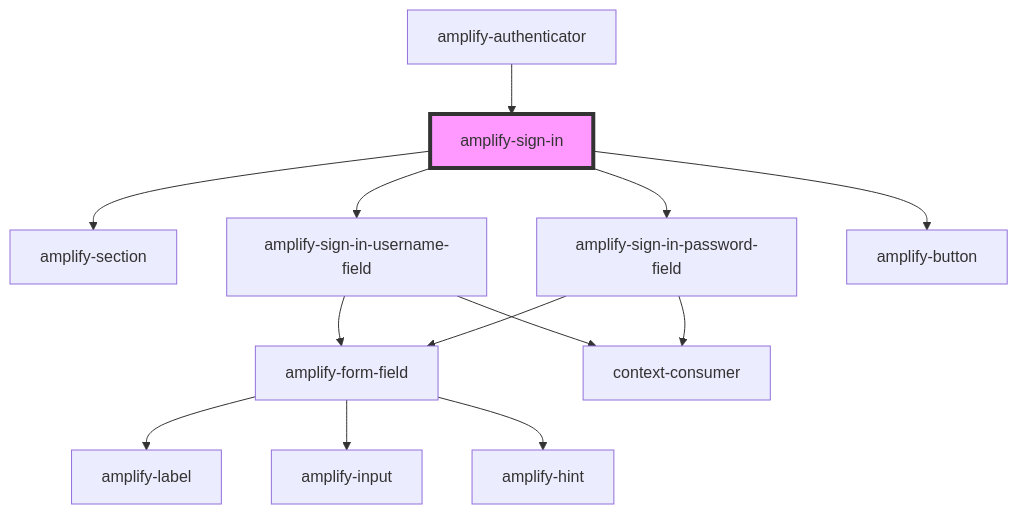
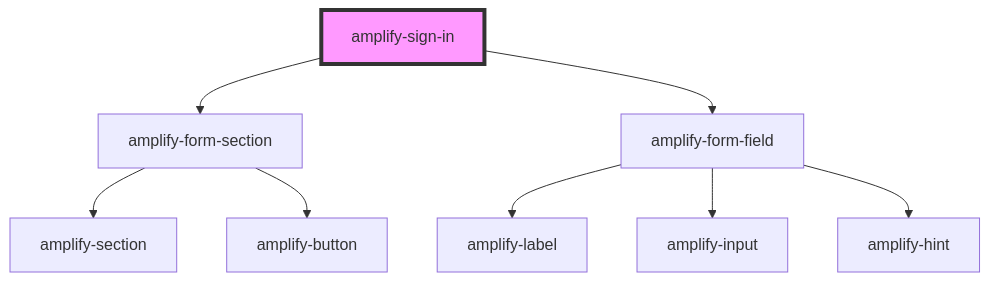
Before and after one commit to aws-amplify/amplify-js: the diagram in packages/amplify-ui-components/src/components/amplify-sign-in/readme.md, drawn with Mermaid. The commit also changed other lines of this file and 12 other files, not shown here.

````diff
--- a/packages/amplify-ui-components/src/components/amplify-sign-in/readme.md
+++ b/packages/amplify-ui-components/src/components/amplify-sign-in/readme.md
@@ -31,16 +25,11 @@
 ```mermaid
 graph TD;
-  amplify-sign-in --> amplify-section
-  amplify-sign-in --> amplify-sign-in-username-field
-  amplify-sign-in --> amplify-sign-in-password-field
-  amplify-sign-in --> amplify-button
-  amplify-sign-in-username-field --> amplify-form-field
-  amplify-sign-in-username-field --> context-consumer
+  amplify-sign-in --> amplify-form-section
+  amplify-sign-in --> amplify-form-field
+  amplify-form-section --> amplify-section
+  amplify-form-section --> amplify-button
   amplify-form-field --> amplify-label
   amplify-form-field --> amplify-input
   amplify-form-field --> amplify-hint
-  amplify-sign-in-password-field --> amplify-form-field
-  amplify-sign-in-password-field --> context-consumer
-  amplify-authenticator --> amplify-sign-in
   style amplify-sign-in fill:#f9f,stroke:#333,stroke-width:4px
 ```
````
